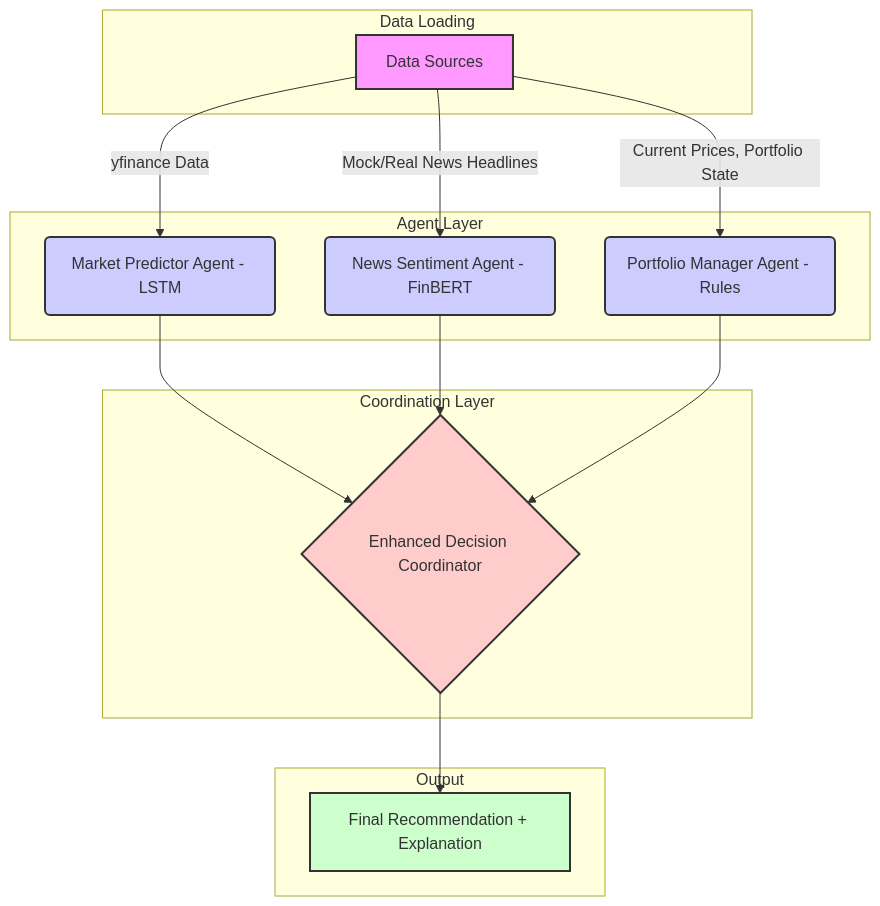
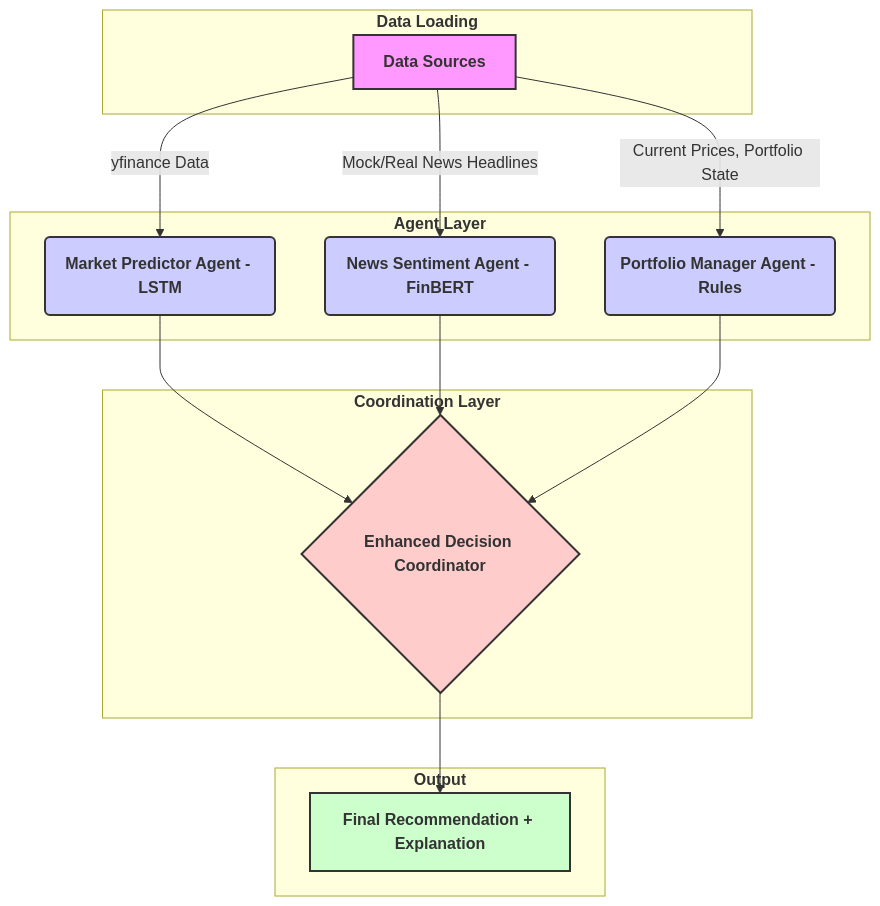
One commit to pranavpradhan007/MultiAgent-Financial-Decision-System changed the diagram in Readme.md. Above: the diagram before and after it, drawn with Mermaid.

````diff
--- a/Readme.md
+++ b/Readme.md
@@ -30,32 +30,32 @@
 ```mermaid
 graph TD
-    A[Data Sources] -->|yfinance Data| B(Market Predictor Agent - LSTM);
-    A -->|Mock/Real News Headlines| C(News Sentiment Agent - FinBERT);
-    A -->|Current Prices, Portfolio State| D(Portfolio Manager Agent - Rules);
-    B --> E{Enhanced Decision Coordinator};
+    A["<b>Data Sources</b>"] -->|yfinance Data| B("<b>Market Predictor Agent - LSTM</b>");
+    A -->|Mock/Real News Headlines| C("<b>News Sentiment Agent - FinBERT</b>");
+    A -->|Current Prices, Portfolio State| D("<b>Portfolio Manager Agent - Rules</b>");
+    B --> E{"<b>Enhanced Decision Coordinator</b>"};
     C --> E;
     D --> E;
-    E --> F[Final Recommendation + Explanation];
+    E --> F["<b>Final Recommendation + Explanation</b>"];
 
-    subgraph "Data Loading"
+    subgraph "<b>Data Loading</b>"
         A
     end
-    subgraph "Agent Layer"
+    subgraph "<b>Agent Layer</b>"
         B
         C
         D
     end
-    subgraph "Coordination Layer"
+    subgraph "<b>Coordination Layer</b>"
         E
     end
-    subgraph "Output"
+    subgraph "<b>Output</b>"
         F
     end
 
     style A fill:#f9f,stroke:#333,stroke-width:2px
     style B fill:#ccf,stroke:#333,stroke-width:2px
     style C fill:#ccf,stroke:#333,stroke-width:2px
     style D fill:#ccf,stroke:#333,stroke-width:2px
     style E fill:#fcc,stroke:#333,stroke-width:2px
     style F fill:#cfc,stroke:#333,stroke-width:2px
 ```
````
